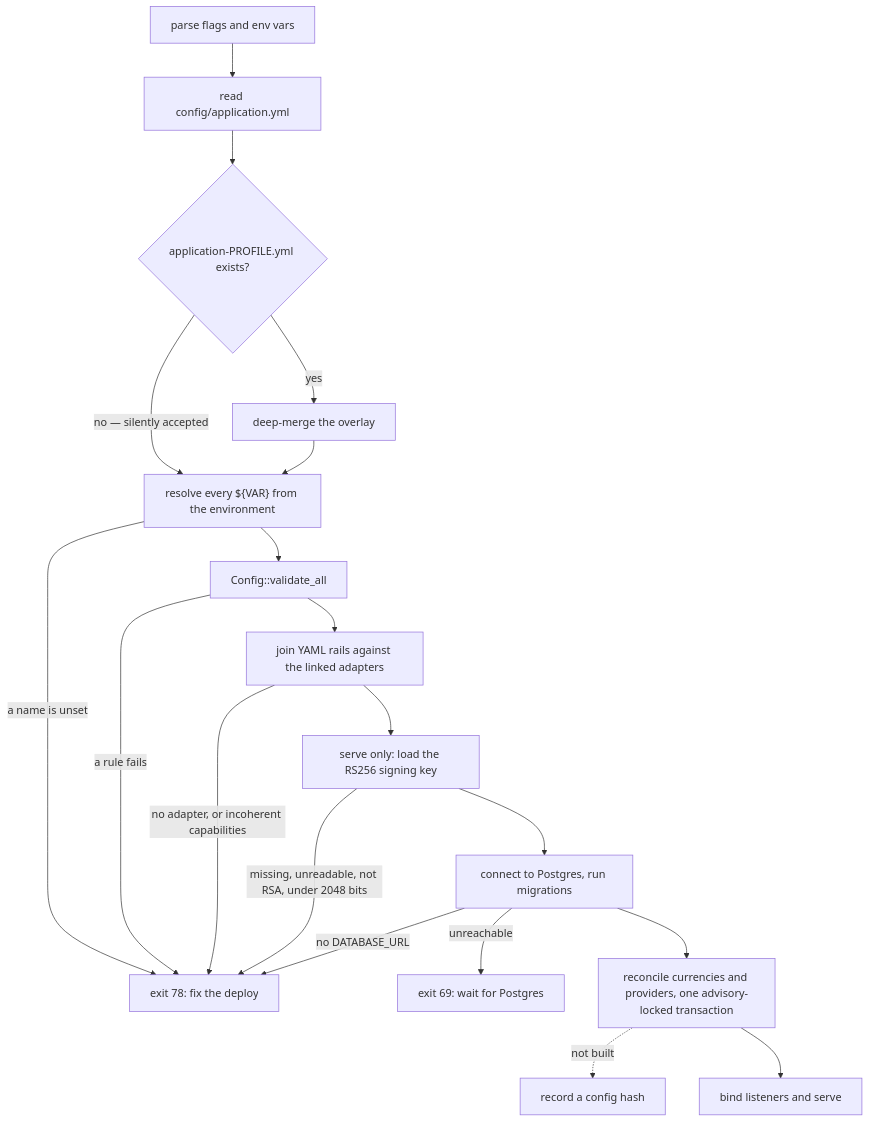
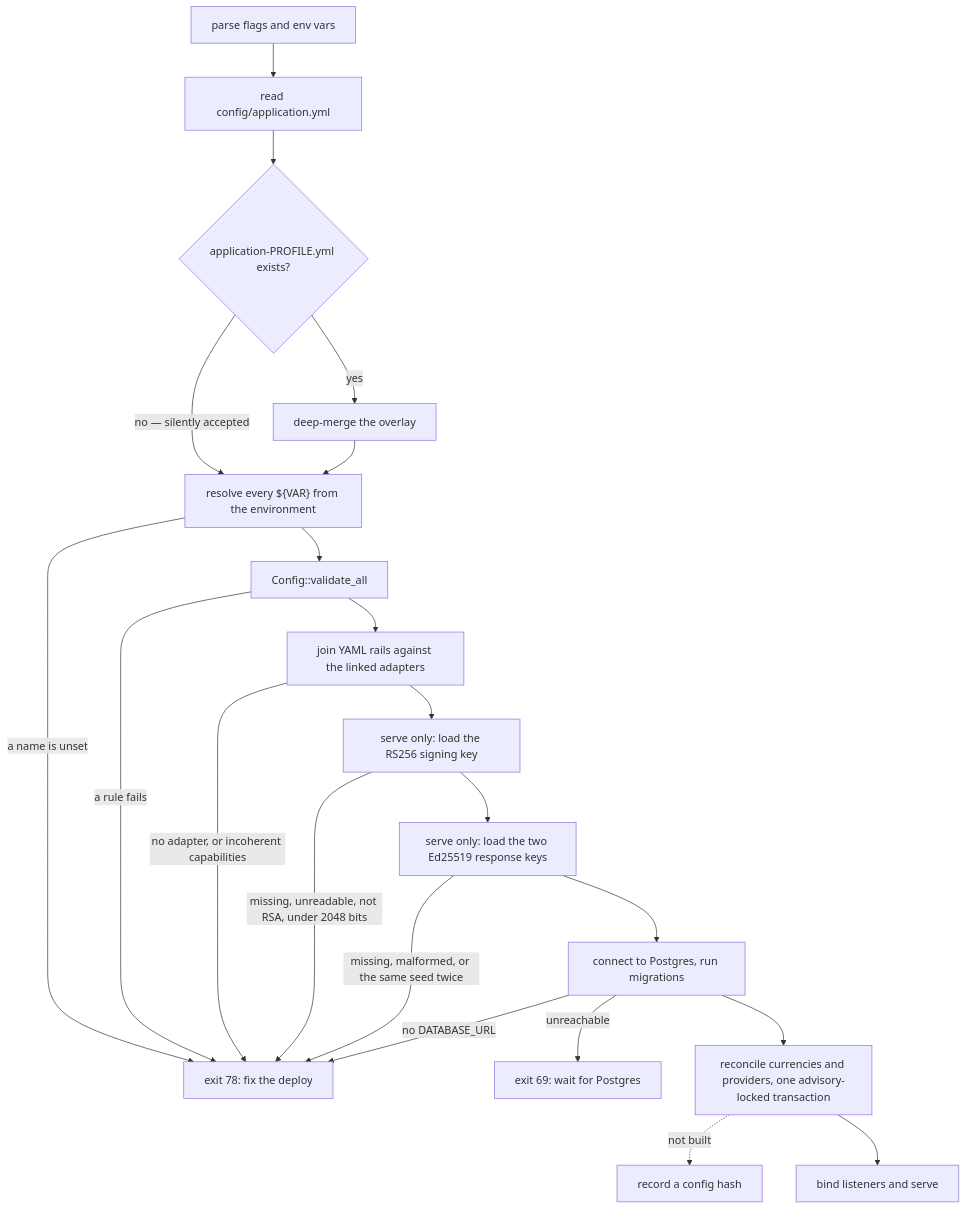
One commit to vaam-apps/vpay-docs changed the second of 2 diagrams in docs/operate/configuration.md. Above: the diagram before and after it, drawn with Mermaid. The commit also changed other lines of this file and 29 other files, not shown here.

````diff
--- a/docs/operate/configuration.md
+++ b/docs/operate/configuration.md
@@ -105,21 +118,23 @@
 ```mermaid
 flowchart TD
   A["parse flags and env vars"] --> B["read config/application.yml"]
   B --> C{"application-PROFILE.yml exists?"}
   C -->|yes| D["deep-merge the overlay"]
   C -->|"no — silently accepted"| E
   D --> E["resolve every ${VAR} from the environment"]
   E -->|"a name is unset"| X78["exit 78: fix the deploy"]
   E --> F["Config::validate_all"]
   F -->|"a rule fails"| X78
   F --> G["join YAML rails against the linked adapters"]
   G -->|"no adapter, or incoherent capabilities"| X78
   G --> H["serve only: load the RS256 signing key"]
   H -->|"missing, unreadable, not RSA, under 2048 bits"| X78
-  H --> I["connect to Postgres, run migrations"]
+  H --> H2["serve only: load the two Ed25519 response keys"]
+  H2 -->|"missing, malformed, or the same seed twice"| X78
+  H2 --> I["connect to Postgres, run migrations"]
   I -->|"no DATABASE_URL"| X78
   I -->|"unreachable"| X69["exit 69: wait for Postgres"]
   I --> J["reconcile currencies and providers, one advisory-locked transaction"]
   J -.->|"not built"| K["record a config hash"]
   J --> L["bind listeners and serve"]
 ```
````
